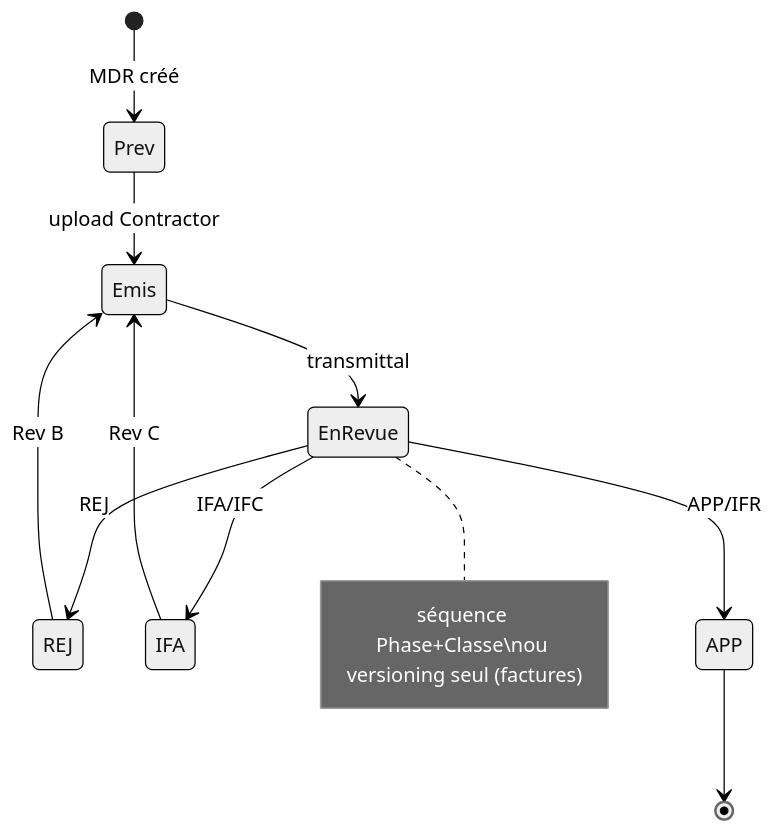
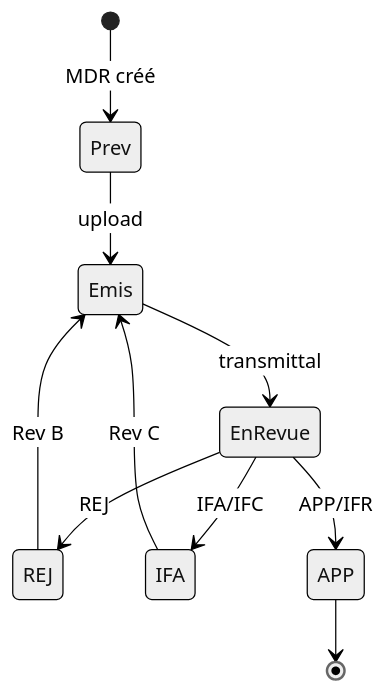
One commit to gedservices/pmo_epc changed the third of 7 diagrams in docs/REFONTE_PMO_EPC_OVERVIEW.md. Above: the diagram before and after it, drawn with Mermaid (neutral theme). The commit also changed other lines of this file and 6 other files, not shown here.

````diff
--- a/docs/REFONTE_PMO_EPC_OVERVIEW.md
+++ b/docs/REFONTE_PMO_EPC_OVERVIEW.md
@@ -85,13 +69,12 @@
 ```mermaid
 stateDiagram-v2
   [*] --> Prev : MDR créé
-  Prev --> Emis : upload Contractor
+  Prev --> Emis : upload
   Emis --> EnRevue : transmittal
   EnRevue --> REJ : REJ
   EnRevue --> IFA : IFA/IFC
   EnRevue --> APP : APP/IFR
   REJ --> Emis : Rev B
   IFA --> Emis : Rev C
   APP --> [*]
-  note right of EnRevue : séquence Phase+Classe\nou versioning seul (factures)
 ```
````
